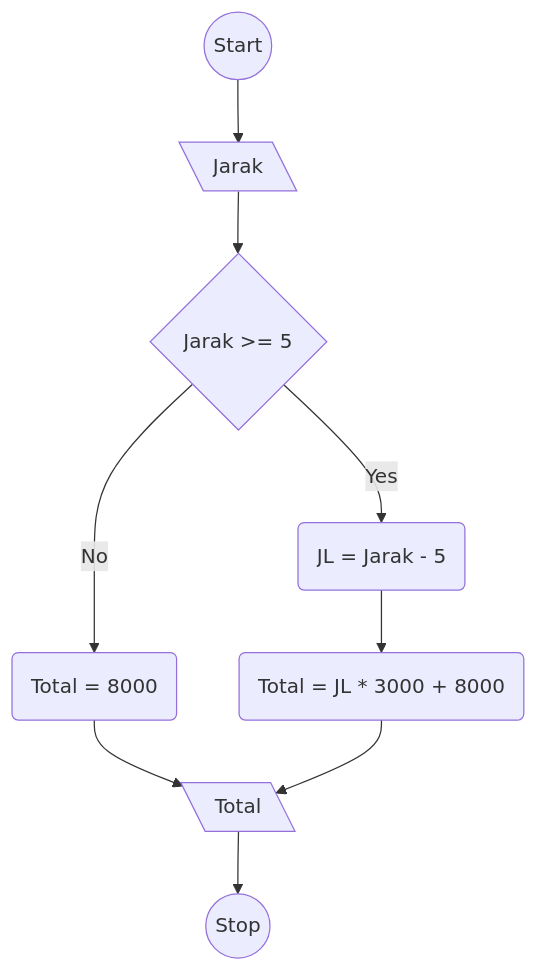
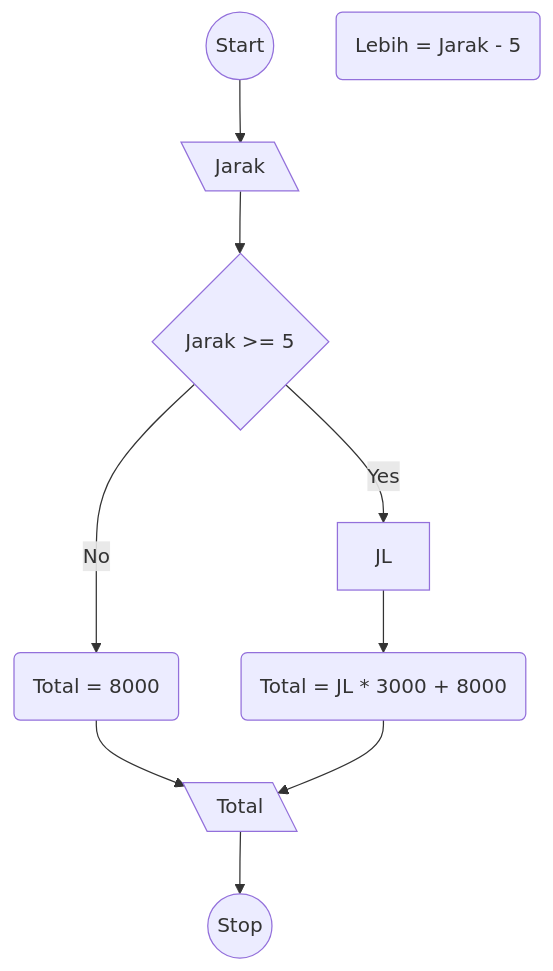
Before and after one commit to ariekas/koda-b4-algoritma: the diagram in MiniTaks8.md, drawn with Mermaid.

````diff
--- a/MiniTaks8.md
+++ b/MiniTaks8.md
@@ -3,19 +3,19 @@
 ```mermaid
 flowchart TD
 Start((Start))
 Input[\Jarak\]
 Decision{Jarak >= 5}
-JL(JL = Jarak - 5)
+Lebih(Lebih = Jarak - 5)
 ProcessLebih(Total = JL * 3000 + 8000)
 ProcessKurang(Total = 8000)
 Total[\Total\]
 Stop((Stop))
 
 Start --> Input
 Input --> Decision
 Decision -- Yes --> JL
 Decision -- No --> ProcessKurang
 JL --> ProcessLebih
 ProcessKurang & ProcessLebih  --> Total
 Total --> Stop
 ```
````
